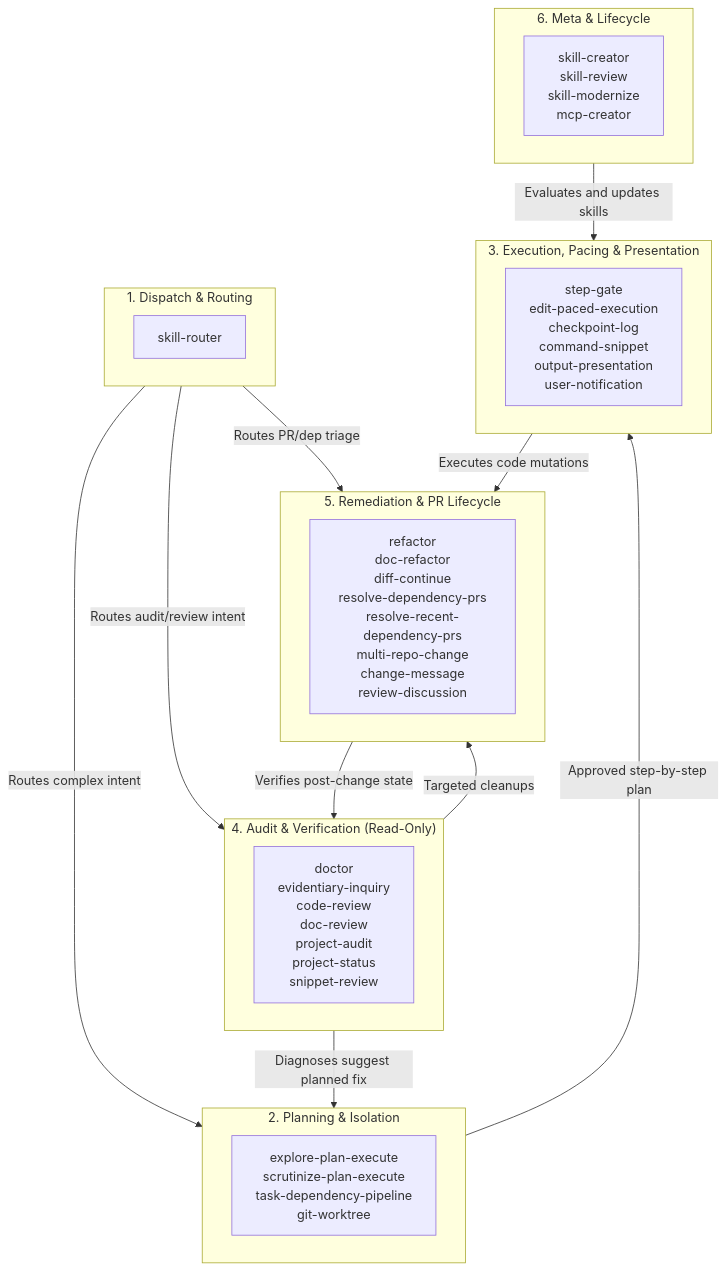
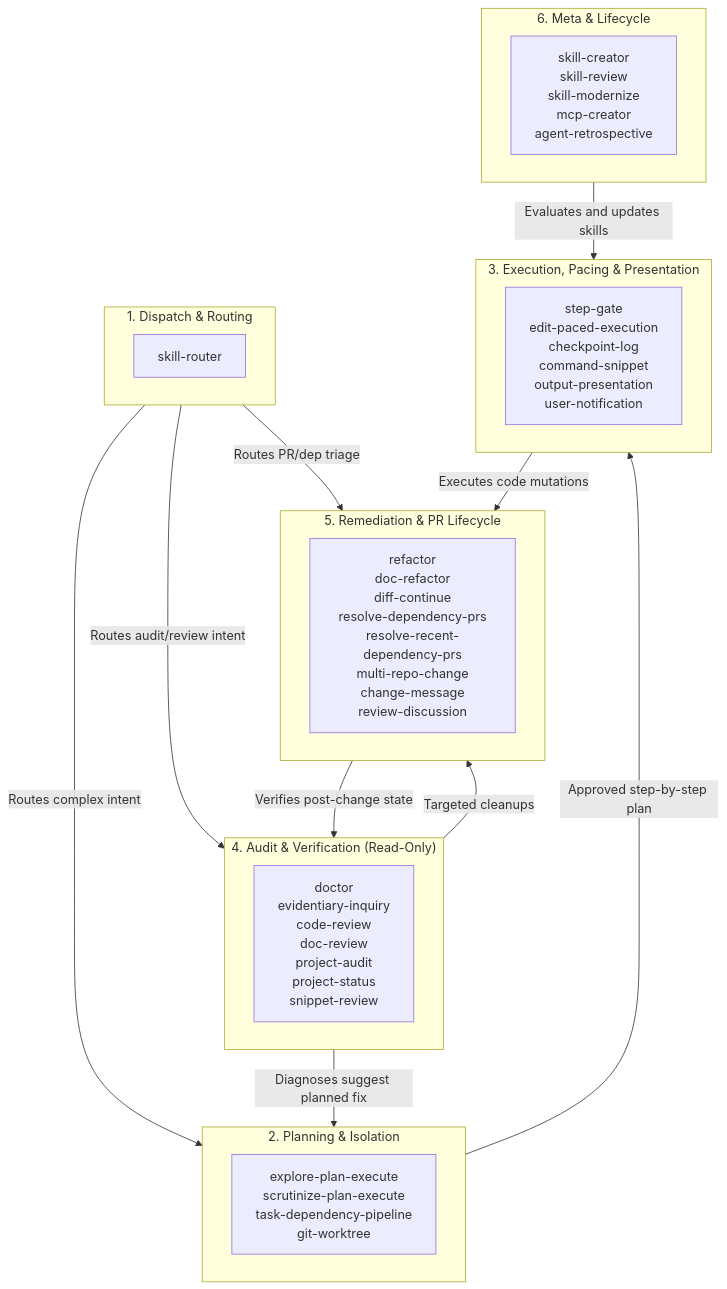
One commit to berquerant/agent-skills changed the diagram in AGENTS.md. Above: the diagram before and after it, drawn with Mermaid. The commit also changed other lines of this file and 7 other files, not shown here.

First line of the commit message:
feat(agent-retrospective): implement agent log retrospective and workflow mining skill (#17)

````diff
--- a/AGENTS.md
+++ b/AGENTS.md
@@ -69,37 +69,37 @@
 ```mermaid
 flowchart TD
     subgraph Dispatch ["1. Dispatch & Routing"]
         SR["skill-router"]
     end
 
     subgraph Planning ["2. Planning & Isolation"]
         PLAN["explore-plan-execute<br/>scrutinize-plan-execute<br/>task-dependency-pipeline<br/>git-worktree"]
     end
 
     subgraph Execution ["3. Execution, Pacing & Presentation"]
         EXEC["step-gate<br/>edit-paced-execution<br/>checkpoint-log<br/>command-snippet<br/>output-presentation<br/>user-notification"]
     end
 
     subgraph Audit ["4. Audit & Verification (Read-Only)"]
         AUD["doctor<br/>evidentiary-inquiry<br/>code-review<br/>doc-review<br/>project-audit<br/>project-status<br/>snippet-review"]
     end
 
     subgraph Remediation ["5. Remediation & PR Lifecycle"]
         REM["refactor<br/>doc-refactor<br/>diff-continue<br/>resolve-dependency-prs<br/>resolve-recent-dependency-prs<br/>multi-repo-change<br/>change-message<br/>review-discussion"]
     end
 
     subgraph Meta ["6. Meta & Lifecycle"]
-        META["skill-creator<br/>skill-review<br/>skill-modernize<br/>mcp-creator"]
+        META["skill-creator<br/>skill-review<br/>skill-modernize<br/>mcp-creator<br/>agent-retrospective"]
     end
 
     %% High-level hand-offs
     Dispatch -->|"Routes complex intent"| Planning
     Dispatch -->|"Routes audit/review intent"| Audit
     Dispatch -->|"Routes PR/dep triage"| Remediation
     Audit -->|"Diagnoses suggest planned fix"| Planning
     Audit -->|"Targeted cleanups"| Remediation
     Planning -->|"Approved step-by-step plan"| Execution
     Execution -->|"Executes code mutations"| Remediation
     Remediation -->|"Verifies post-change state"| Audit
     Meta -->|"Evaluates and updates skills"| Execution
 ```
````
